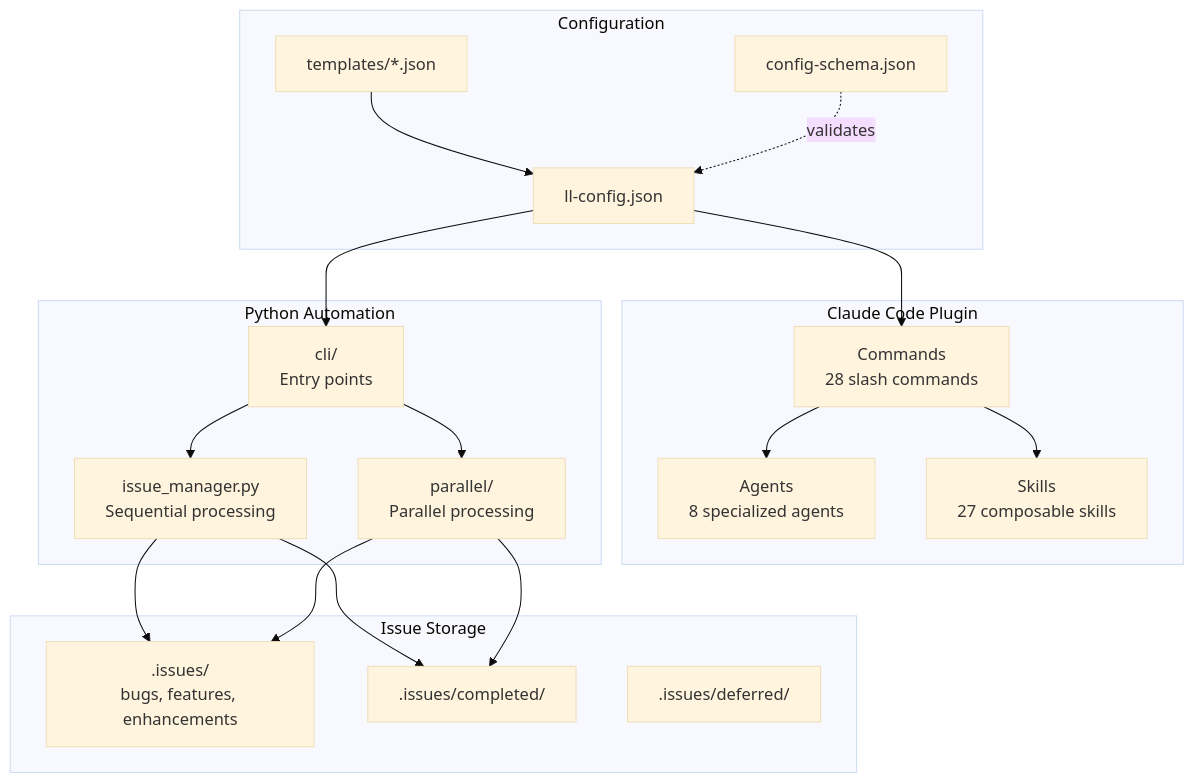
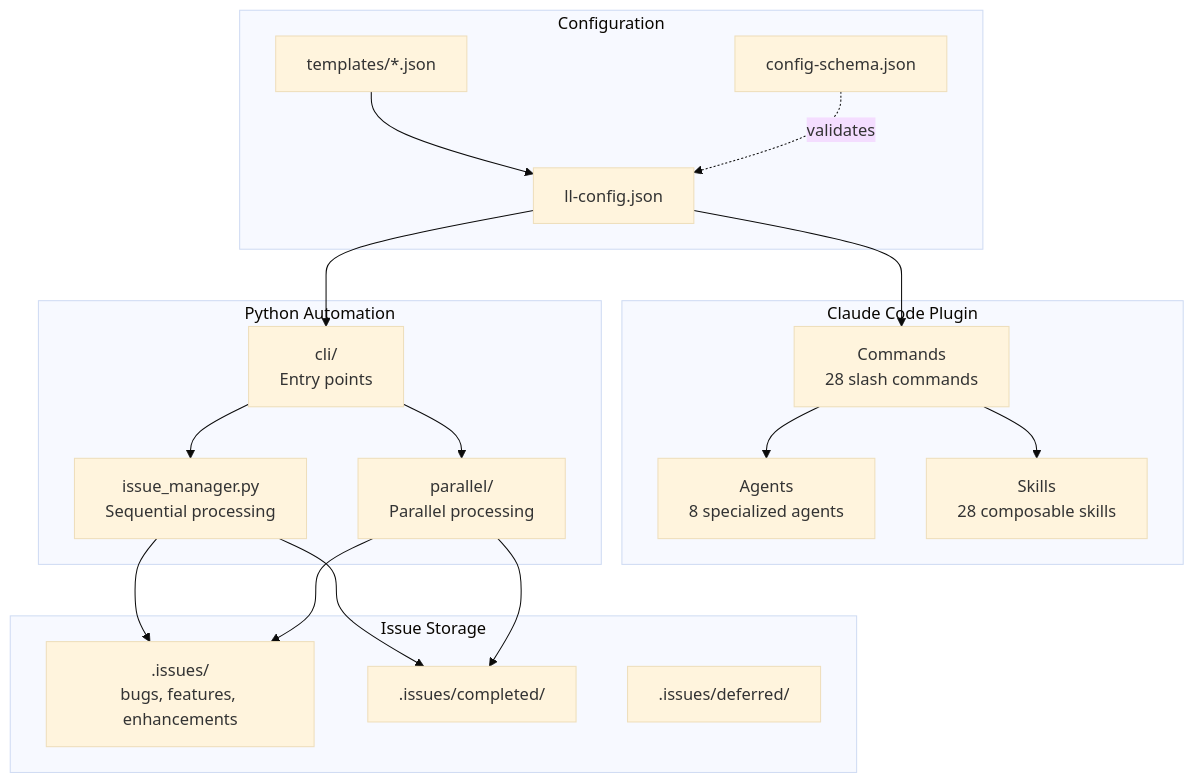
One commit to BrennonTWilliams/little-loops changed the first of 13 diagrams in docs/ARCHITECTURE.md. Above: the diagram before and after it, drawn with Mermaid (base theme). The commit also changed other lines of this file and 4 other files, not shown here.

````diff
--- a/docs/ARCHITECTURE.md
+++ b/docs/ARCHITECTURE.md
@@ -21,39 +21,39 @@
 ```mermaid
 flowchart TB
     subgraph "Claude Code Plugin"
         CMD[Commands<br/>28 slash commands]
         AGT[Agents<br/>8 specialized agents]
-        SKL[Skills<br/>27 composable skills]
+        SKL[Skills<br/>28 composable skills]
     end
 
     subgraph "Configuration"
         CFG[ll-config.json]
         SCHEMA[config-schema.json]
         TPL[templates/*.json]
     end
 
     subgraph "Python Automation"
         CLI[cli/<br/>Entry points]
         AUTO[issue_manager.py<br/>Sequential processing]
         PARALLEL[parallel/<br/>Parallel processing]
     end
 
     subgraph "Issue Storage"
         ISSUES[.issues/<br/>bugs, features, enhancements]
         COMPLETED[.issues/completed/]
         DEFERRED[.issues/deferred/]
     end
 
     CFG --> CMD
     TPL --> CFG
     SCHEMA -.->|validates| CFG
     CFG --> CLI
     CMD --> AGT
     CMD --> SKL
     CLI --> AUTO
     CLI --> PARALLEL
     AUTO --> ISSUES
     PARALLEL --> ISSUES
     AUTO --> COMPLETED
     PARALLEL --> COMPLETED
 ```
````
